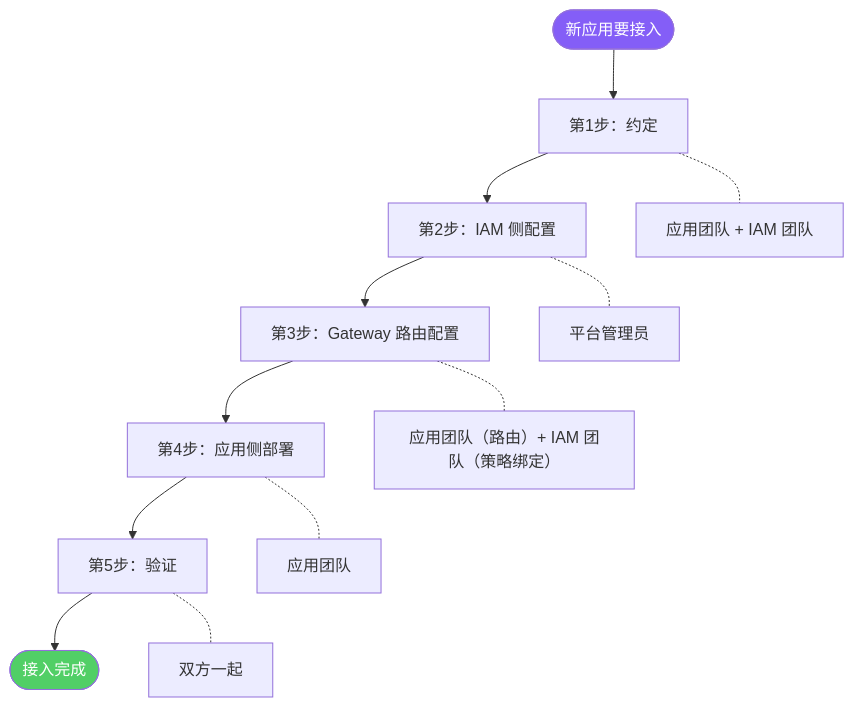
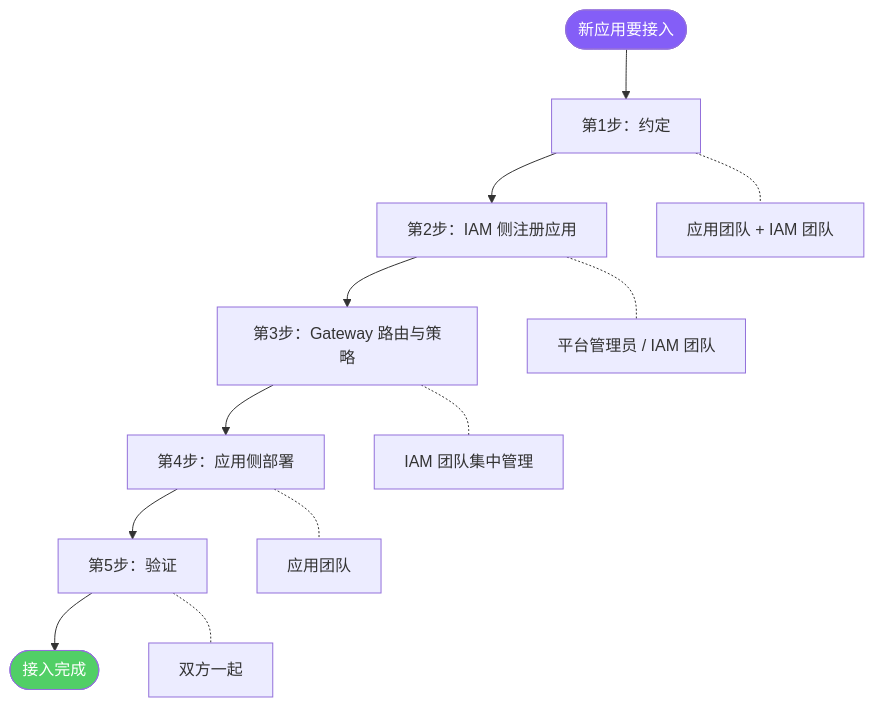
One commit to xiewanchao/aidp-iam changed the first of 8 diagrams in diagrams/onboarding-flow.md. Above: the diagram before and after it, drawn with Mermaid. The commit also changed other lines of this file and 3 other files, not shown here.

````diff
--- a/diagrams/onboarding-flow.md
+++ b/diagrams/onboarding-flow.md
@@ -11,18 +11,18 @@
 ```mermaid
 flowchart TD
     START([新应用要接入]) --> STEP1[第1步：约定]
-    STEP1 --> STEP2[第2步：IAM 侧配置]
-    STEP2 --> STEP3[第3步：Gateway 路由配置]
+    STEP1 --> STEP2[第2步：IAM 侧注册应用]
+    STEP2 --> STEP3[第3步：Gateway 路由与策略]
     STEP3 --> STEP4[第4步：应用侧部署]
     STEP4 --> STEP5[第5步：验证]
     STEP5 --> DONE([接入完成])
 
     STEP1 -.- WHO1[应用团队 + IAM 团队]
-    STEP2 -.- WHO2[平台管理员]
-    STEP3 -.- WHO3["应用团队（路由）+ IAM 团队（策略绑定）"]
+    STEP2 -.- WHO2[平台管理员 / IAM 团队]
+    STEP3 -.- WHO3[IAM 团队集中管理]
     STEP4 -.- WHO4[应用团队]
     STEP5 -.- WHO5[双方一起]
 
     style START fill:#845ef7,color:#fff
     style DONE fill:#51cf66,color:#fff
 ```
````
